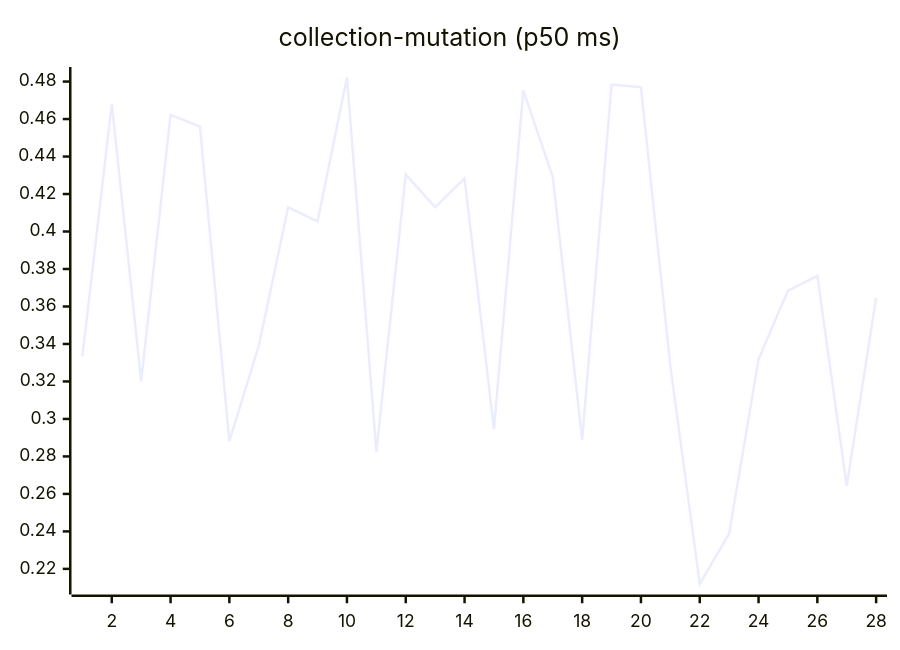
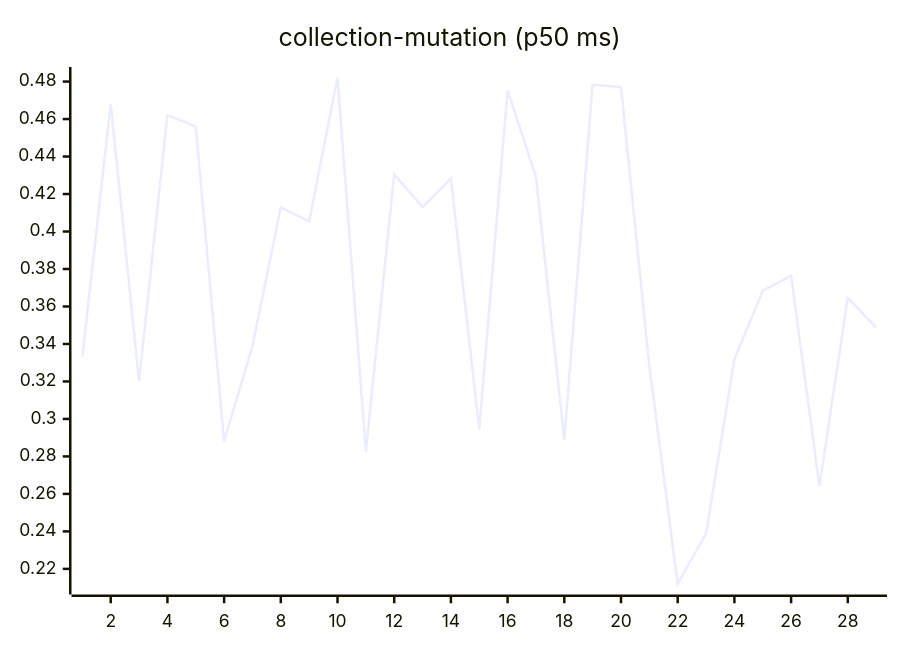
One commit to josha/Facet changed the sixth of 27 diagrams in README.md. Above: the diagram before and after it, drawn with Mermaid. The commit also changed other lines of this file and 2 other files, not shown here.

````diff
--- a/README.md
+++ b/README.md
@@ -98,6 +98,6 @@
 ```mermaid
 xychart-beta
     title "collection-mutation (p50 ms)"
-    x-axis 1 --> 28
-    line [0.3332, 0.4681, 0.3201, 0.4622, 0.4560, 0.2881, 0.3389, 0.4129, 0.4054, 0.4821, 0.2826, 0.4305, 0.4130, 0.4283, 0.2946, 0.4753, 0.4292, 0.2890, 0.4784, 0.4770, 0.3282, 0.2120, 0.2388, 0.3318, 0.3684, 0.3763, 0.2643, 0.3646]
+    x-axis 1 --> 29
+    line [0.3332, 0.4681, 0.3201, 0.4622, 0.4560, 0.2881, 0.3389, 0.4129, 0.4054, 0.4821, 0.2826, 0.4305, 0.4130, 0.4283, 0.2946, 0.4753, 0.4292, 0.2890, 0.4784, 0.4770, 0.3282, 0.2120, 0.2388, 0.3318, 0.3684, 0.3763, 0.2643, 0.3646, 0.3489]
 ```
````
